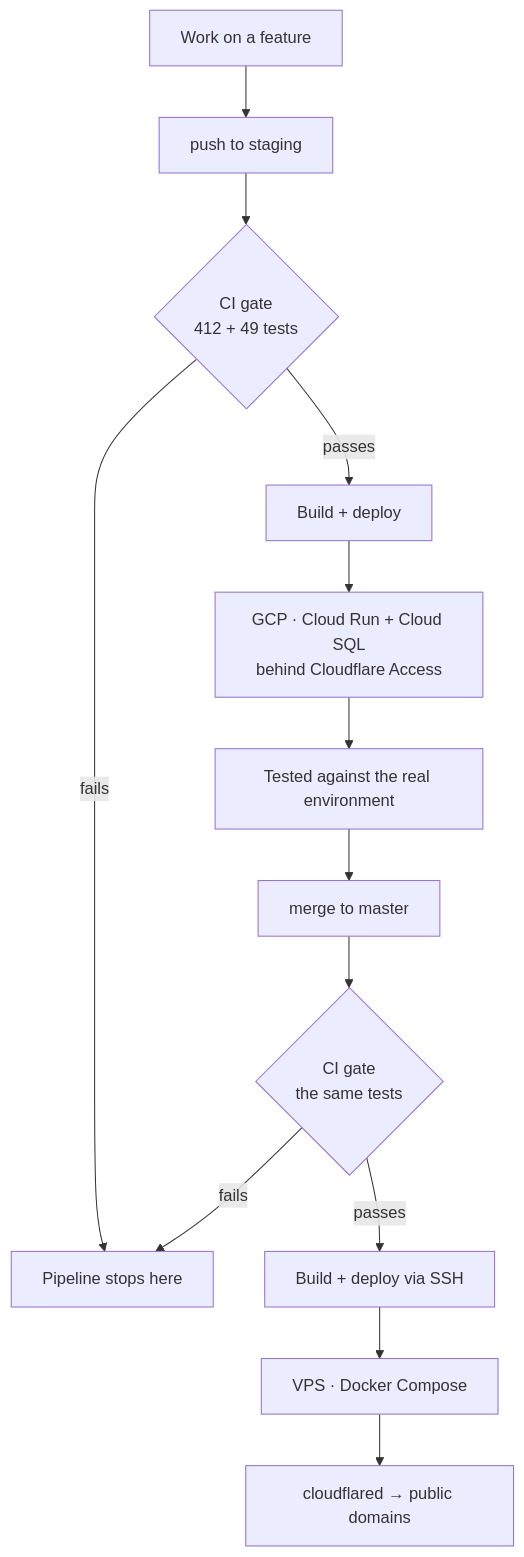
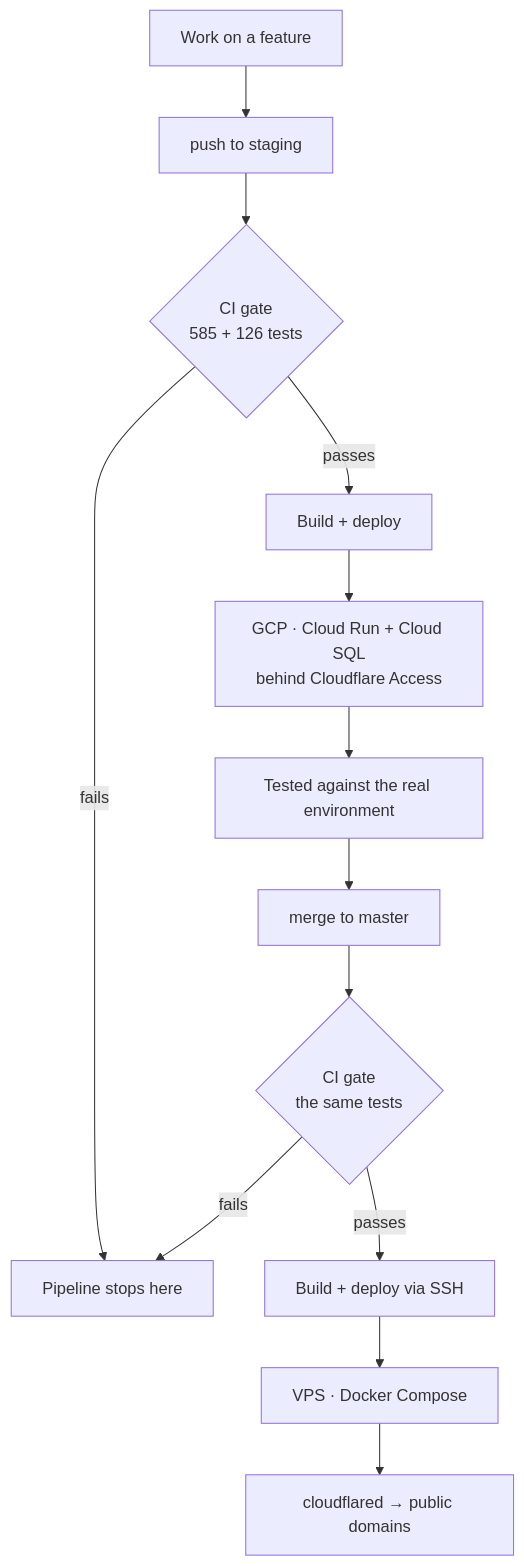
The diagram in README.md (joaoboy89/guau), drawn with Mermaid before and after one commit. The commit also changed other lines of this file and 1 other file, not shown here.

````diff
--- a/README.md
+++ b/README.md
@@ -172,15 +174,15 @@
 ```mermaid
 flowchart TD
     A[Work on a feature] --> B[push to staging]
-    B --> C{CI gate<br/>412 + 49 tests}
+    B --> C{CI gate<br/>585 + 126 tests}
     C -->|fails| X[Pipeline stops here]
     C -->|passes| D[Build + deploy]
     D --> E[GCP · Cloud Run + Cloud SQL<br/>behind Cloudflare Access]
     E --> F[Tested against the real environment]
     F --> G[merge to master]
     G --> H{CI gate<br/>the same tests}
     H -->|fails| X
     H -->|passes| I[Build + deploy via SSH]
     I --> J[VPS · Docker Compose]
     J --> K[cloudflared → public domains]
 ```
````
